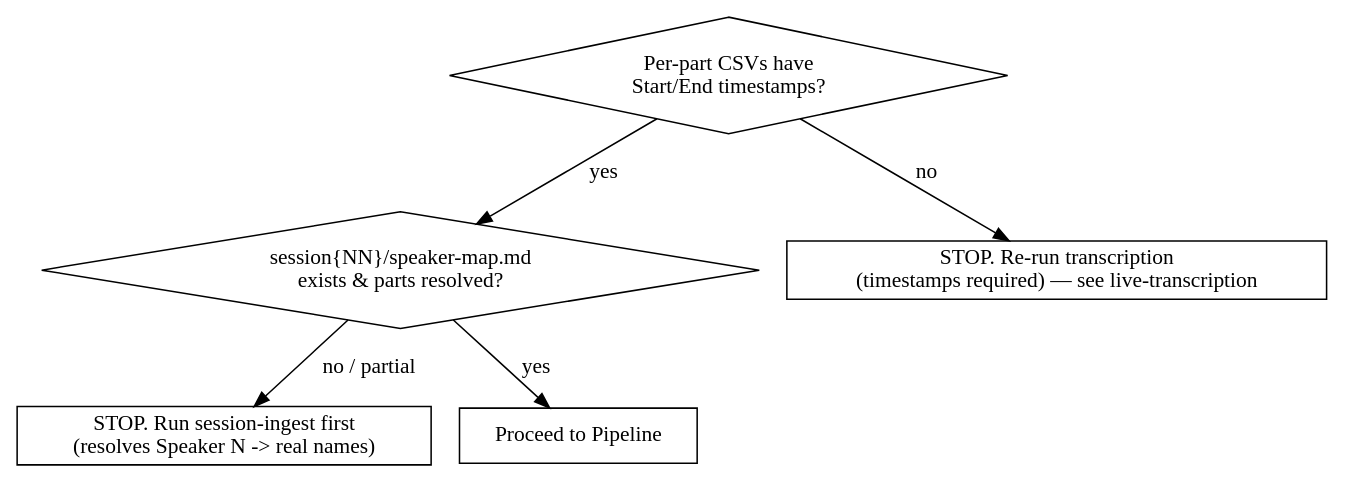
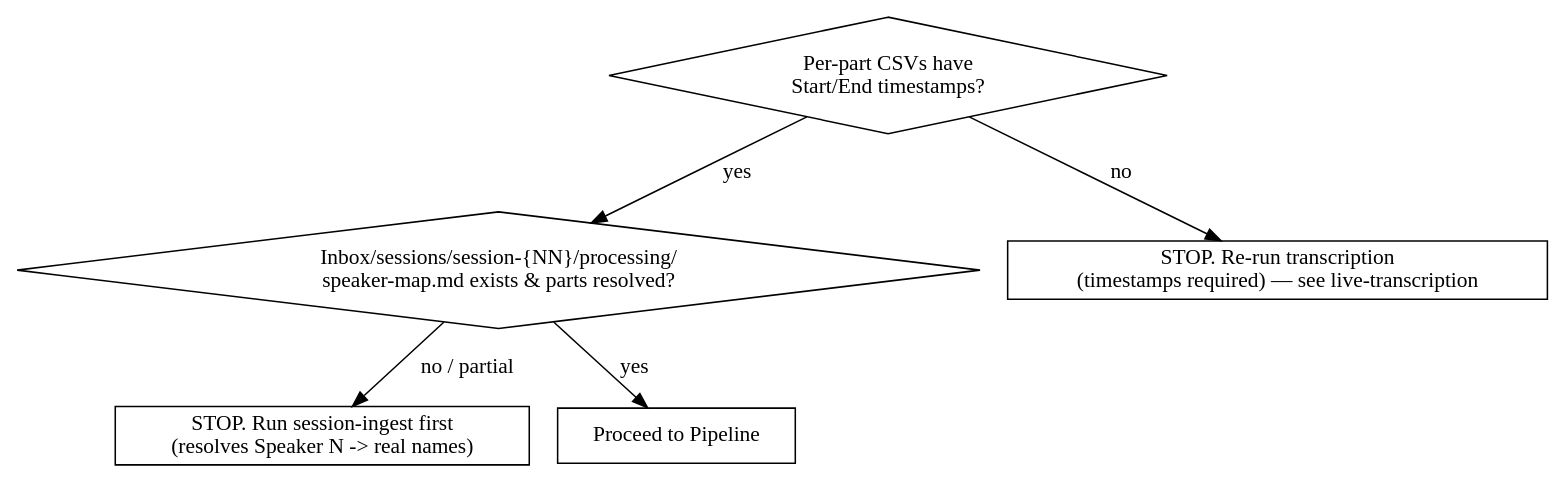
Before and after one commit to Thedougler/shattered-sea-wiki: the diagram in .claude/skills/session-highlights/SKILL.md, drawn with Graphviz. The commit also changed other lines of this file and 5 other files, not shown here.

First line of the commit message:
fix(skills): point session-ingest/highlights at .raw/sessions packets

````diff
--- a/.claude/skills/session-highlights/SKILL.md
+++ b/.claude/skills/session-highlights/SKILL.md
@@ -196,15 +196,15 @@
 ```dot
 digraph prereqs {
   node [shape=diamond];
   ts [label="Per-part CSVs have\nStart/End timestamps?" shape=diamond];
-  sm [label="session{NN}/speaker-map.md\nexists & parts resolved?" shape=diamond];
+  sm [label="Inbox/sessions/session-{NN}/processing/\nspeaker-map.md exists & parts resolved?" shape=diamond];
   node [shape=box];
   trans [label="STOP. Re-run transcription\n(timestamps required) — see live-transcription"];
   ingest [label="STOP. Run session-ingest first\n(resolves Speaker N -> real names)"];
   go [label="Proceed to Pipeline"];
   ts -> trans [label="no"];
   ts -> sm [label="yes"];
   sm -> ingest [label="no / partial"];
   sm -> go [label="yes"];
 }
 ```
````
